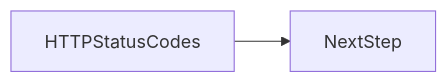
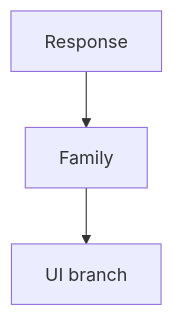
One commit to OmidJavaherii/Frontend-Engineering-Handbook changed the second of 3 diagrams in docs/en/25-appendix/http-status-codes/index.md. Above: the diagram before and after it, drawn with Mermaid. The commit also changed other lines of this file and 461 other files, not shown here.

````diff
--- a/docs/en/25-appendix/http-status-codes/index.md
+++ b/docs/en/25-appendix/http-status-codes/index.md
@@ -95,4 +122,5 @@
 ```mermaid
-flowchart LR
-  concept[HTTPStatusCodes] --> nextStep[NextStep]
+flowchart TD
+  n0[Response] --> n1[Family]
+  n1[Family] --> n2[UI branch]
 ```
````
